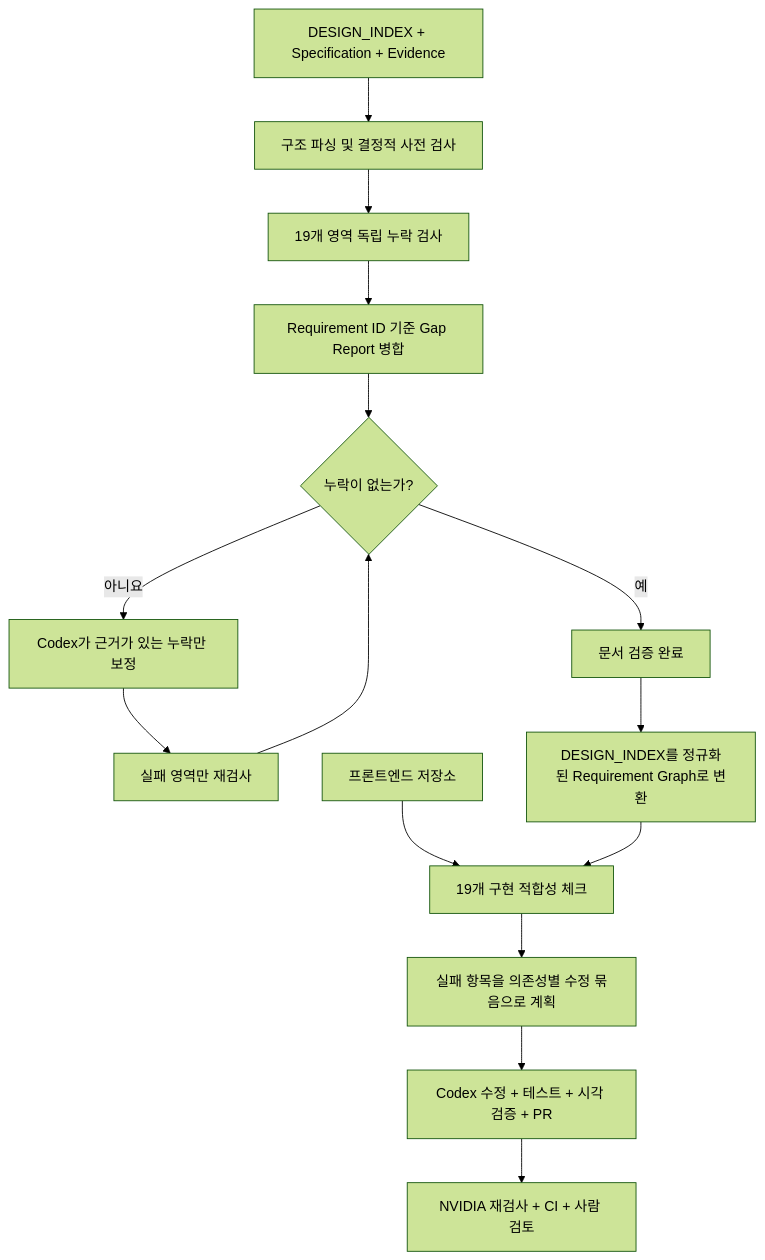
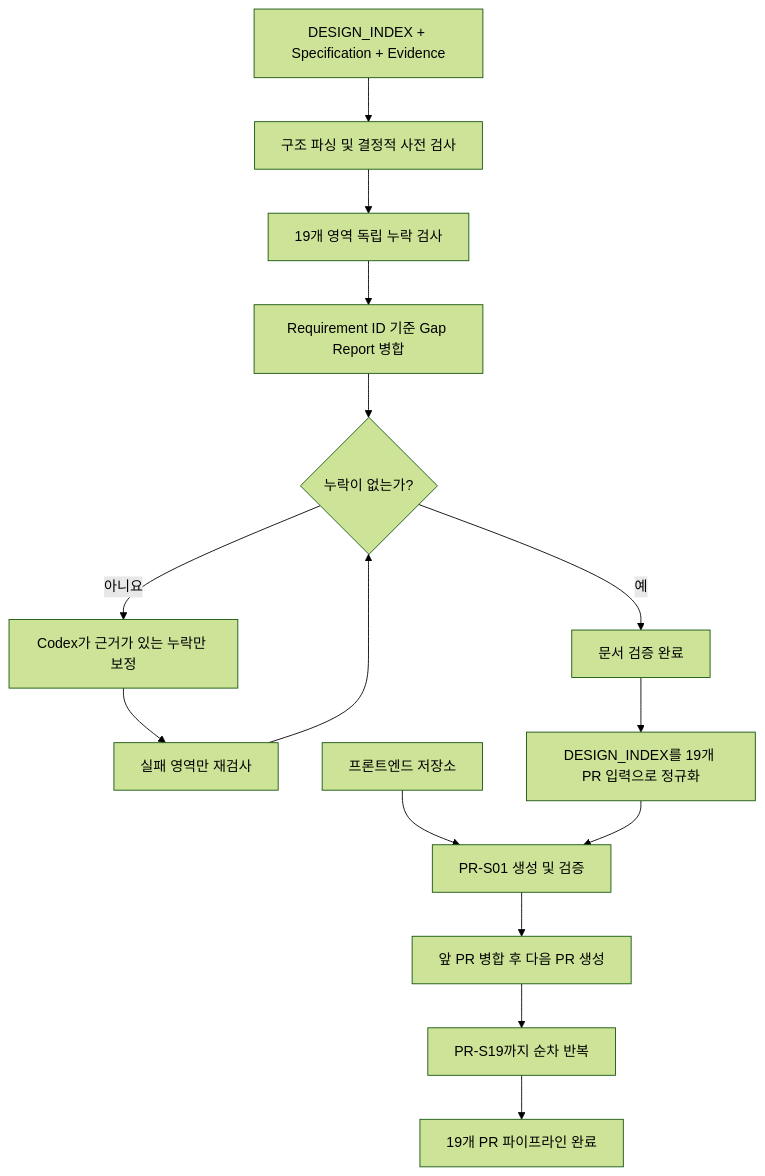
One commit to yyeongjin/secret_mcp_use changed the diagram in IDEA_VALIDATION_AND_PR_PIPELINE.ko.md. Above: the diagram before and after it, drawn with Mermaid (forest theme). The commit also changed other lines of this file, not shown here.

````diff
--- a/IDEA_VALIDATION_AND_PR_PIPELINE.ko.md
+++ b/IDEA_VALIDATION_AND_PR_PIPELINE.ko.md
@@ -42,17 +45,17 @@
 ```mermaid
 flowchart TD
     Input["DESIGN_INDEX + Specification + Evidence"] --> Preflight["구조 파싱 및 결정적 사전 검사"]
     Preflight --> Audit["19개 영역 독립 누락 검사"]
     Audit --> Merge["Requirement ID 기준 Gap Report 병합"]
     Merge --> Empty{"누락이 없는가?"}
     Empty -->|예| Ready["문서 검증 완료"]
     Empty -->|아니요| Repair["Codex가 근거가 있는 누락만 보정"]
     Repair --> Reaudit["실패 영역만 재검사"]
     Reaudit --> Empty
-    Ready --> Parse["DESIGN_INDEX를 정규화된 Requirement Graph로 변환"]
-    Frontend["프론트엔드 저장소"] --> Checks["19개 구현 적합성 체크"]
-    Parse --> Checks
-    Checks --> Plan["실패 항목을 의존성별 수정 묶음으로 계획"]
-    Plan --> PR["Codex 수정 + 테스트 + 시각 검증 + PR"]
-    PR --> Review["NVIDIA 재검사 + CI + 사람 검토"]
+    Ready --> Parse["DESIGN_INDEX를 19개 PR 입력으로 정규화"]
+    Frontend["프론트엔드 저장소"] --> PR01["PR-S01 생성 및 검증"]
+    Parse --> PR01
+    PR01 --> Serial["앞 PR 병합 후 다음 PR 생성"]
+    Serial --> PR19["PR-S19까지 순차 반복"]
+    PR19 --> Complete["19개 PR 파이프라인 완료"]
 ```
````
